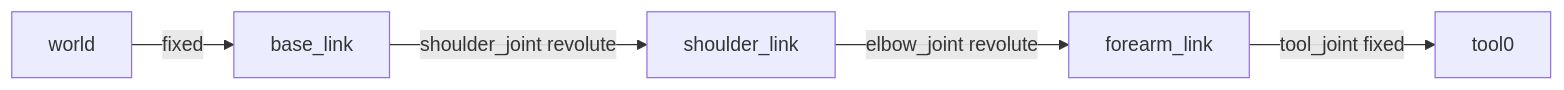
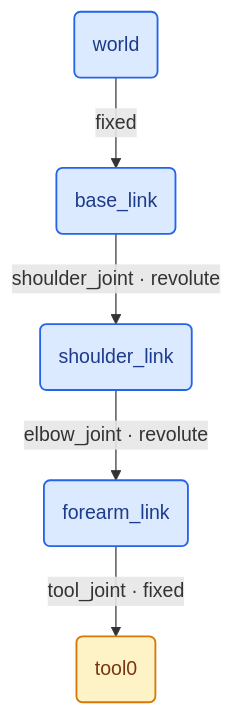
One commit to XuelinHu/blogs changed the first of 2 diagrams in docs/posts/robot/URDF从零到两关节机械臂实战.md. Above: the diagram before and after it, drawn with Mermaid. The commit also changed other lines of this file and 10 other files, not shown here.

Commit message:
style: improve mermaid flowchart layout and colors

````diff
--- a/docs/posts/robot/URDF从零到两关节机械臂实战.md
+++ b/docs/posts/robot/URDF从零到两关节机械臂实战.md
@@ -40,7 +40,10 @@
 ```mermaid
-flowchart LR
-    W[world] -->|fixed| B[base_link]
-    B -->|shoulder_joint revolute| L1[shoulder_link]
-    L1 -->|elbow_joint revolute| L2[forearm_link]
-    L2 -->|tool_joint fixed| T[tool0]
+flowchart TB
+    classDef frame fill:#dbeafe,stroke:#2563eb,color:#1e3a8a,stroke-width:1.5px
+    classDef joint fill:#dcfce7,stroke:#16a34a,color:#14532d,stroke-width:1.5px
+    classDef tool fill:#fef3c7,stroke:#d97706,color:#78350f,stroke-width:1.5px
+    W(world):::frame -->|fixed| B(base_link):::frame
+    B -->|shoulder_joint · revolute| L1(shoulder_link):::frame
+    L1 -->|elbow_joint · revolute| L2(forearm_link):::frame
+    L2 -->|tool_joint · fixed| T(tool0):::tool
 ```
````
